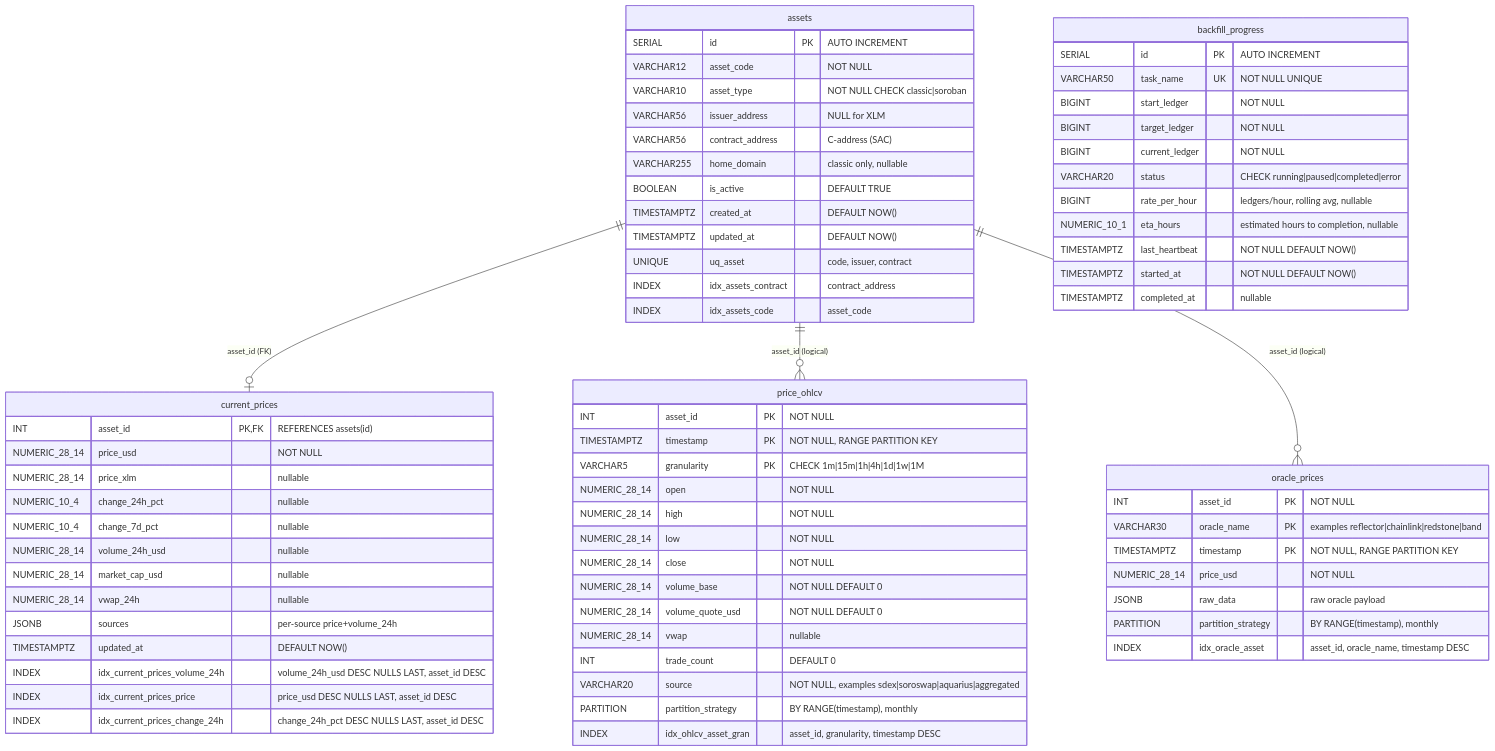
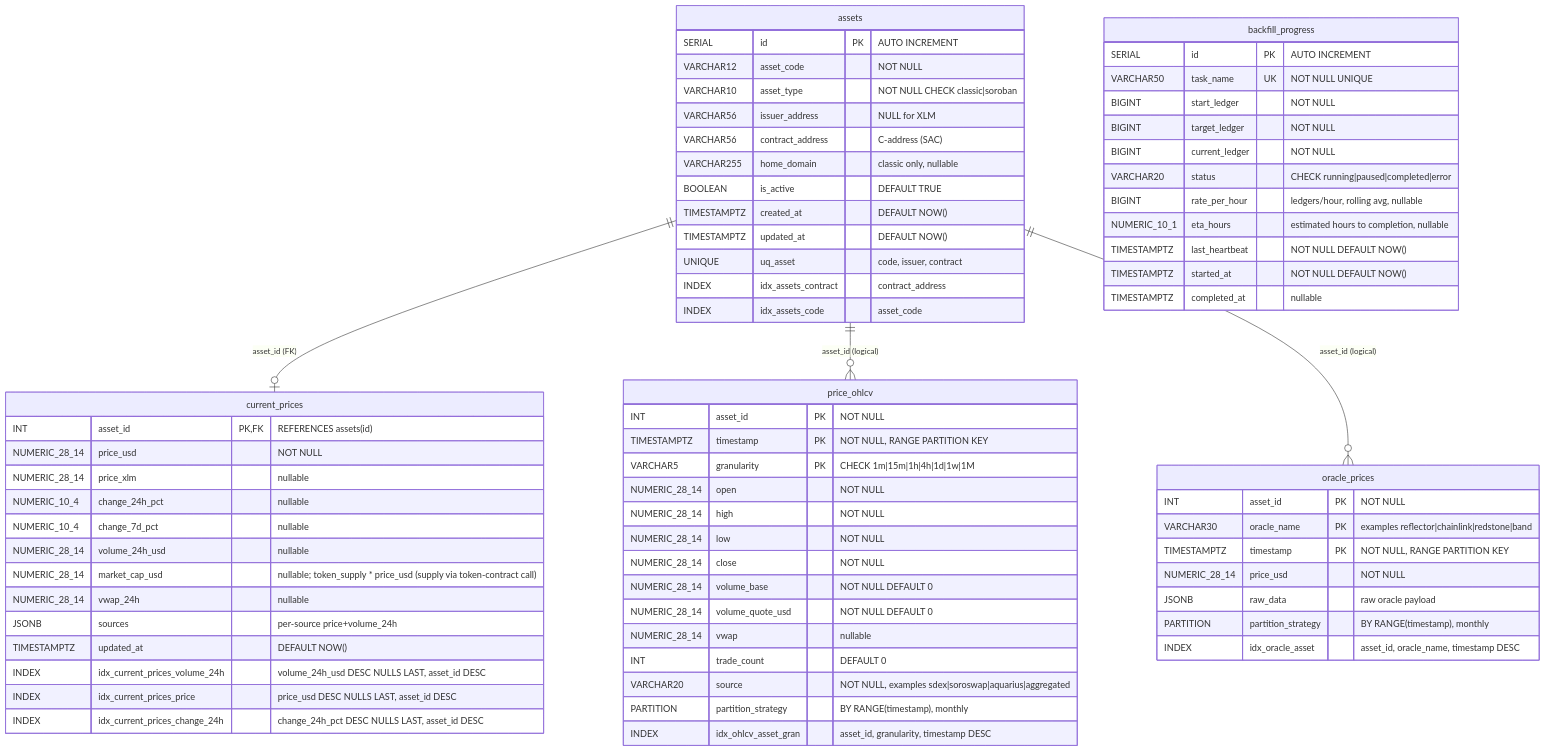
Before and after one commit to rumblefishdev/stellar-prices-api: diagram 12 of 13 in docs/database-schema/database-schema-overview.md, drawn with Mermaid. The commit also changed other lines of this file and 1 other file, not shown here.

Commit message:
docs: add comment to the market_cap_usd

````diff
--- a/docs/database-schema/database-schema-overview.md
+++ b/docs/database-schema/database-schema-overview.md
@@ -1212,78 +1226,78 @@
 ```mermaid
 erDiagram
     assets ||--o| current_prices : "asset_id (FK)"
     assets ||--o{ price_ohlcv    : "asset_id (logical)"
     assets ||--o{ oracle_prices  : "asset_id (logical)"
 
     assets {
         SERIAL      id PK "AUTO INCREMENT"
         VARCHAR12   asset_code "NOT NULL"
         VARCHAR10   asset_type "NOT NULL CHECK classic|soroban"
         VARCHAR56   issuer_address "NULL for XLM"
         VARCHAR56   contract_address "C-address (SAC)"
         VARCHAR255  home_domain "classic only, nullable"
         BOOLEAN     is_active "DEFAULT TRUE"
         TIMESTAMPTZ created_at "DEFAULT NOW()"
         TIMESTAMPTZ updated_at "DEFAULT NOW()"
         UNIQUE      uq_asset "code, issuer, contract"
         INDEX       idx_assets_contract "contract_address"
         INDEX       idx_assets_code "asset_code"
     }
 
     price_ohlcv {
         INT           asset_id PK "NOT NULL"
         TIMESTAMPTZ   timestamp PK "NOT NULL, RANGE PARTITION KEY"
         VARCHAR5      granularity PK "CHECK 1m|15m|1h|4h|1d|1w|1M"
         NUMERIC_28_14 open "NOT NULL"
         NUMERIC_28_14 high "NOT NULL"
         NUMERIC_28_14 low "NOT NULL"
         NUMERIC_28_14 close "NOT NULL"
         NUMERIC_28_14 volume_base "NOT NULL DEFAULT 0"
         NUMERIC_28_14 volume_quote_usd "NOT NULL DEFAULT 0"
         NUMERIC_28_14 vwap "nullable"
         INT           trade_count "DEFAULT 0"
         VARCHAR20     source "NOT NULL, examples sdex|soroswap|aquarius|aggregated"
         PARTITION     partition_strategy "BY RANGE(timestamp), monthly"
         INDEX         idx_ohlcv_asset_gran "asset_id, granularity, timestamp DESC"
     }
 
     current_prices {
         INT           asset_id PK,FK "REFERENCES assets(id)"
         NUMERIC_28_14 price_usd "NOT NULL"
         NUMERIC_28_14 price_xlm "nullable"
         NUMERIC_10_4  change_24h_pct "nullable"
         NUMERIC_10_4  change_7d_pct "nullable"
         NUMERIC_28_14 volume_24h_usd "nullable"
-        NUMERIC_28_14 market_cap_usd "nullable"
+        NUMERIC_28_14 market_cap_usd "nullable; token_supply * price_usd (supply via token-contract call)"
         NUMERIC_28_14 vwap_24h "nullable"
         JSONB         sources "per-source price+volume_24h"
         TIMESTAMPTZ   updated_at "DEFAULT NOW()"
         INDEX         idx_current_prices_volume_24h "volume_24h_usd DESC NULLS LAST, asset_id DESC"
         INDEX         idx_current_prices_price "price_usd DESC NULLS LAST, asset_id DESC"
         INDEX         idx_current_prices_change_24h "change_24h_pct DESC NULLS LAST, asset_id DESC"
     }
 
     oracle_prices {
         INT           asset_id PK "NOT NULL"
         VARCHAR30     oracle_name PK "examples reflector|chainlink|redstone|band"
         TIMESTAMPTZ   timestamp PK "NOT NULL, RANGE PARTITION KEY"
         NUMERIC_28_14 price_usd "NOT NULL"
         JSONB         raw_data "raw oracle payload"
         PARTITION     partition_strategy "BY RANGE(timestamp), monthly"
         INDEX         idx_oracle_asset "asset_id, oracle_name, timestamp DESC"
     }
 
     backfill_progress {
         SERIAL       id PK "AUTO INCREMENT"
         VARCHAR50    task_name UK "NOT NULL UNIQUE"
         BIGINT       start_ledger "NOT NULL"
         BIGINT       target_ledger "NOT NULL"
         BIGINT       current_ledger "NOT NULL"
         VARCHAR20    status "CHECK running|paused|completed|error"
         BIGINT       rate_per_hour "ledgers/hour, rolling avg, nullable"
         NUMERIC_10_1 eta_hours "estimated hours to completion, nullable"
         TIMESTAMPTZ  last_heartbeat "NOT NULL DEFAULT NOW()"
         TIMESTAMPTZ  started_at "NOT NULL DEFAULT NOW()"
         TIMESTAMPTZ  completed_at "nullable"
     }
 ```
````
